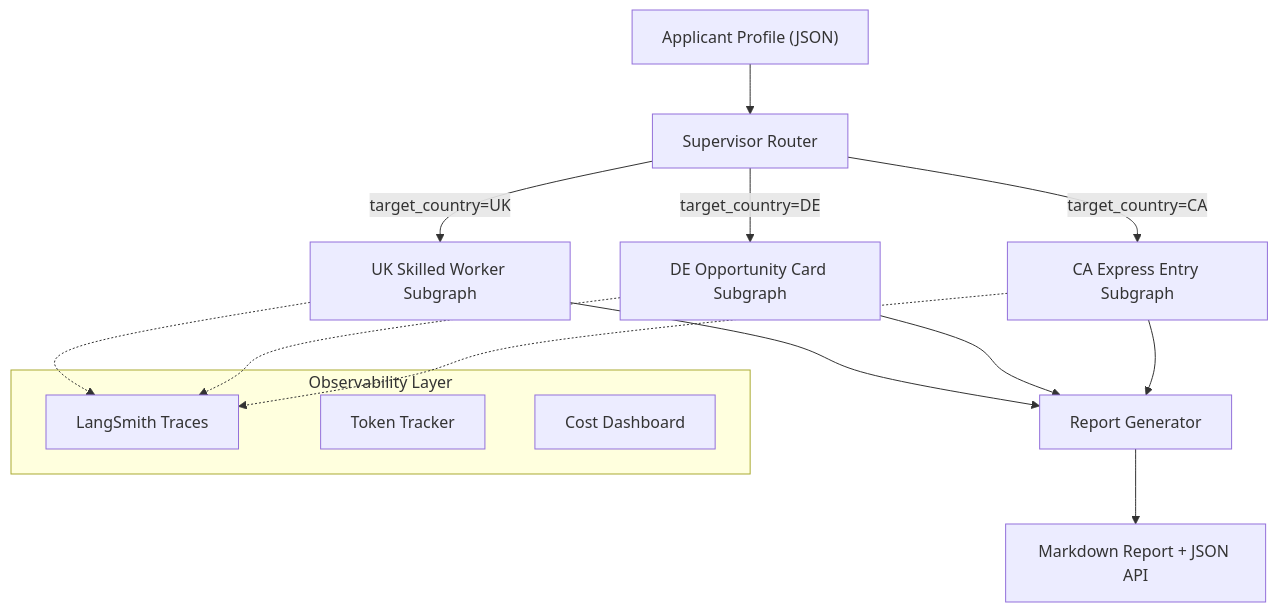
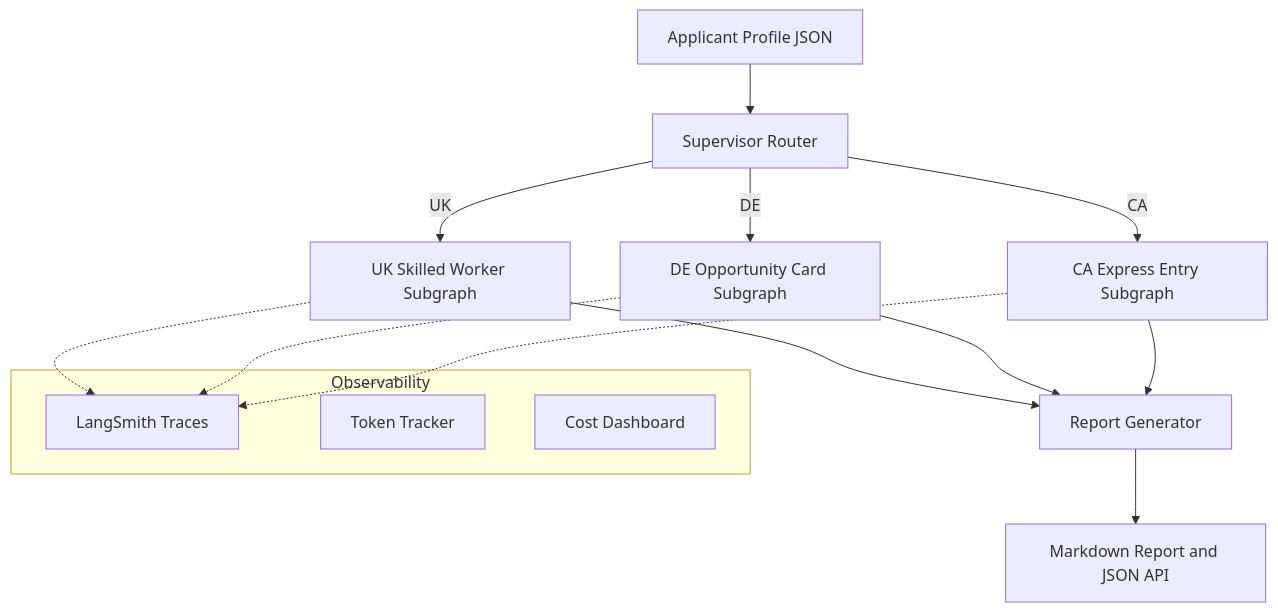
One commit to AngadSinghLamba/global-mobility-analyzer changed the first of 2 diagrams in docs/System_Design.md. Above: the diagram before and after it, drawn with Mermaid. The commit also changed other lines of this file and 1 other file, not shown here.

Commit message:
fix: clean up Mermaid syntax for better rendering

````diff
--- a/docs/System_Design.md
+++ b/docs/System_Design.md
@@ -9,23 +9,23 @@
 ```mermaid
 graph TD
-    A["Applicant Profile (JSON)"] --> B["Supervisor Router"]
-    B -->|target_country=UK| C["UK Skilled Worker Subgraph"]
-    B -->|target_country=DE| D["DE Opportunity Card Subgraph"]
-    B -->|target_country=CA| E["CA Express Entry Subgraph"]
+    A[Applicant Profile JSON] --> B[Supervisor Router]
+    B -->|UK| C[UK Skilled Worker Subgraph]
+    B -->|DE| D[DE Opportunity Card Subgraph]
+    B -->|CA| E[CA Express Entry Subgraph]
 
-    C --> F["Report Generator"]
+    C --> F[Report Generator]
     D --> F
     E --> F
 
-    F --> G["Markdown Report + JSON API"]
+    F --> G[Markdown Report and JSON API]
 
-    subgraph "Observability Layer"
-        H["LangSmith Traces"]
-        I["Token Tracker"]
-        J["Cost Dashboard"]
+    subgraph Observability
+        H[LangSmith Traces]
+        I[Token Tracker]
+        J[Cost Dashboard]
     end
 
     C -.-> H
     D -.-> H
     E -.-> H
 ```
````
